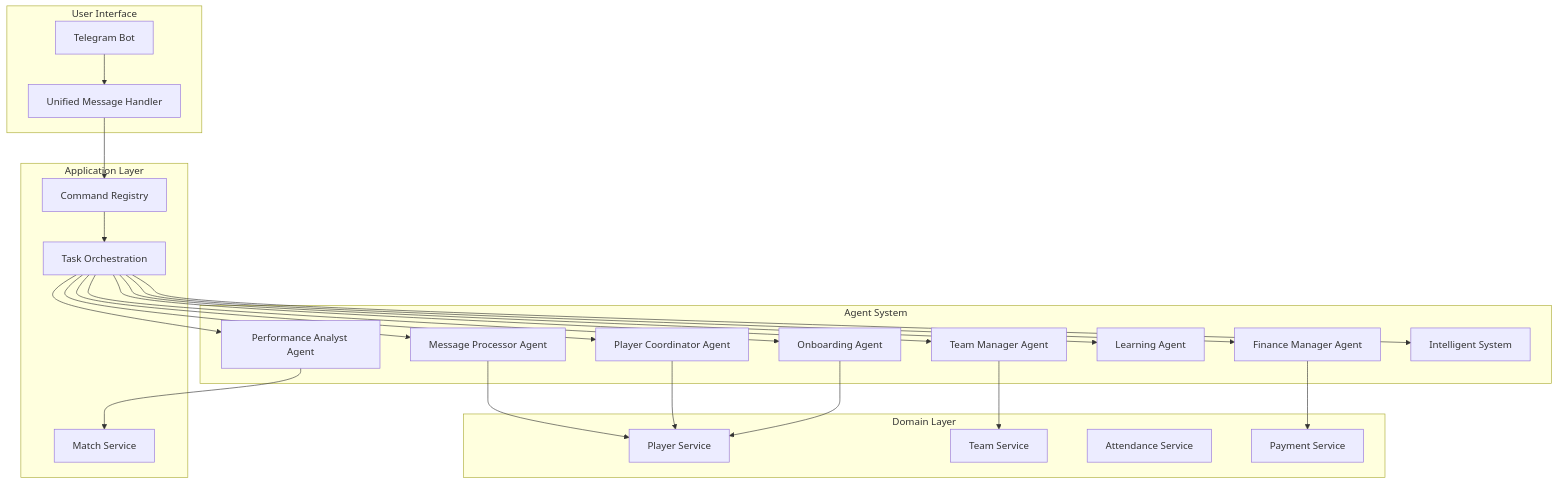
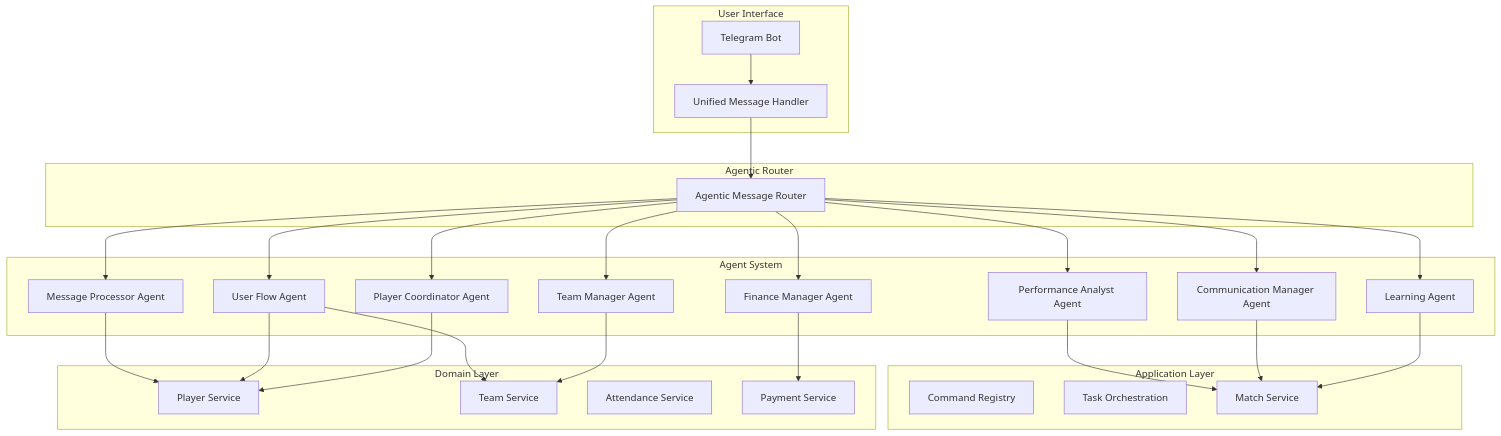
Before and after one commit to hoquem/KICKAI: the first of 7 diagrams in docs/ARCHITECTURE.md, drawn with Mermaid. The commit also changed other lines of this file and 138 other files, not shown here.

````diff
--- a/docs/ARCHITECTURE.md
+++ b/docs/ARCHITECTURE.md
@@ -69,51 +70,57 @@
 ```mermaid
 graph TB
     subgraph "User Interface"
         TG[Telegram Bot]
         UMS[Unified Message Handler]
     end
     
+    subgraph "Agentic Router"
+        AMR[Agentic Message Router]
+    end
+    
     subgraph "Agent System"
         MP[Message Processor Agent]
+        UFA[User Flow Agent]
+        PC[Player Coordinator Agent]
         TM[Team Manager Agent]
-        PC[Player Coordinator Agent]
+        FM[Finance Manager Agent]
         PA[Performance Analyst Agent]
-        FM[Finance Manager Agent]
+        CM[Communication Manager Agent]
         LA[Learning Agent]
-        OA[Onboarding Agent]
-        IS[Intelligent System]
     end
     
     subgraph "Application Layer"
         CR[Command Registry]
         TO[Task Orchestration]
         MS[Message Formatting Service]
     end
     
     subgraph "Domain Layer"
         PS[Player Service]
         TS[Team Service]
         MS[Match Service]
         AS[Attendance Service]
         PYS[Payment Service]
     end
     
     TG --> UMS
-    UMS --> CR
-    CR --> TO
-    TO --> MP
-    TO --> TM
-    TO --> PC
-    TO --> PA
-    TO --> FM
-    TO --> LA
-    TO --> OA
-    TO --> IS
+    UMS --> AMR
+    AMR --> MP
+    AMR --> UFA
+    AMR --> PC
+    AMR --> TM
+    AMR --> FM
+    AMR --> PA
+    AMR --> CM
+    AMR --> LA
     
     MP --> PS
+    UFA --> PS
+    UFA --> TS
+    PC --> PS
     TM --> TS
-    PC --> PS
+    FM --> PYS
     PA --> MS
-    FM --> PYS
-    OA --> PS
+    CM --> MS
+    LA --> MS
 ```
````
